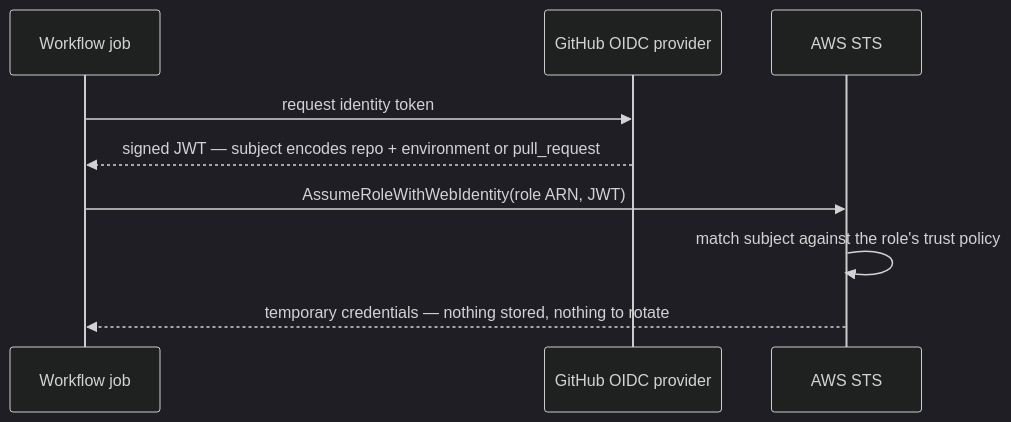
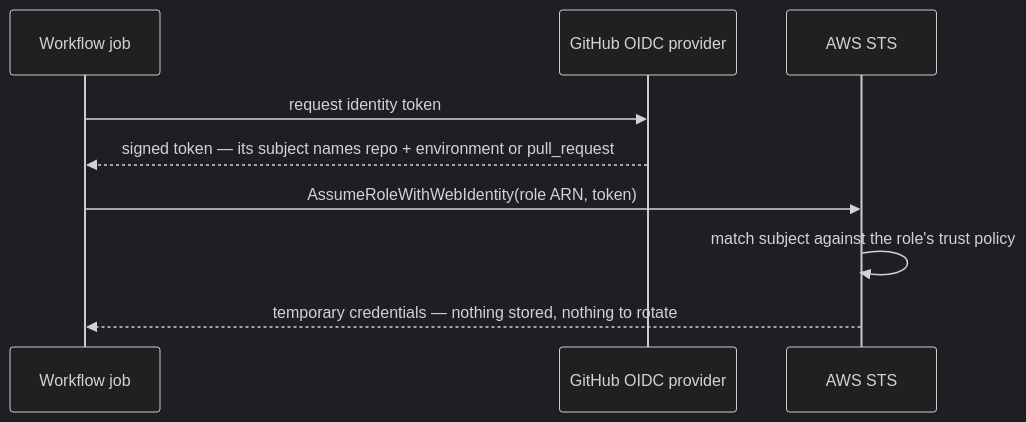
Before and after one commit to NASA-IMPACT/MMGIS: the diagram in docs/infrastructure/identity.md, drawn with Mermaid (dark theme). The commit also changed other lines of this file and 4 other files, not shown here.

````diff
--- a/docs/infrastructure/identity.md
+++ b/docs/infrastructure/identity.md
@@ -21,12 +21,12 @@
 ```mermaid
 sequenceDiagram
     participant J as Workflow job
     participant O as GitHub OIDC provider
     participant S as AWS STS
 
     J->>O: request identity token
-    O-->>J: signed JWT — subject encodes repo + environment or pull_request
-    J->>S: AssumeRoleWithWebIdentity(role ARN, JWT)
+    O-->>J: signed token — its subject names repo + environment or pull_request
+    J->>S: AssumeRoleWithWebIdentity(role ARN, token)
     S->>S: match subject against the role's trust policy
     S-->>J: temporary credentials — nothing stored, nothing to rotate
 ```
````
